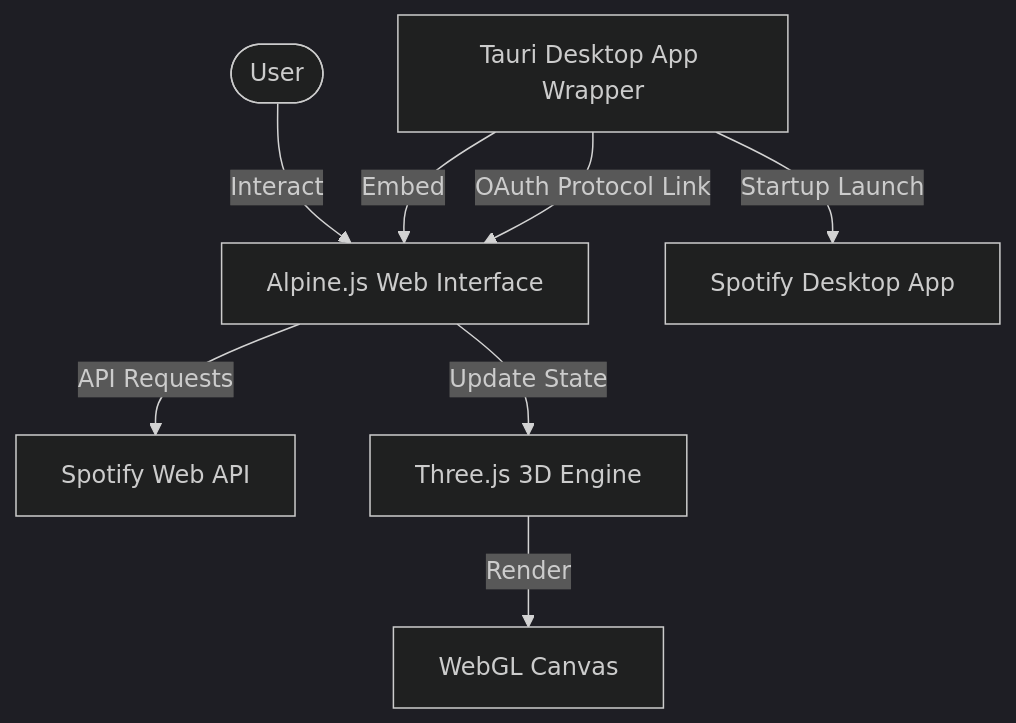
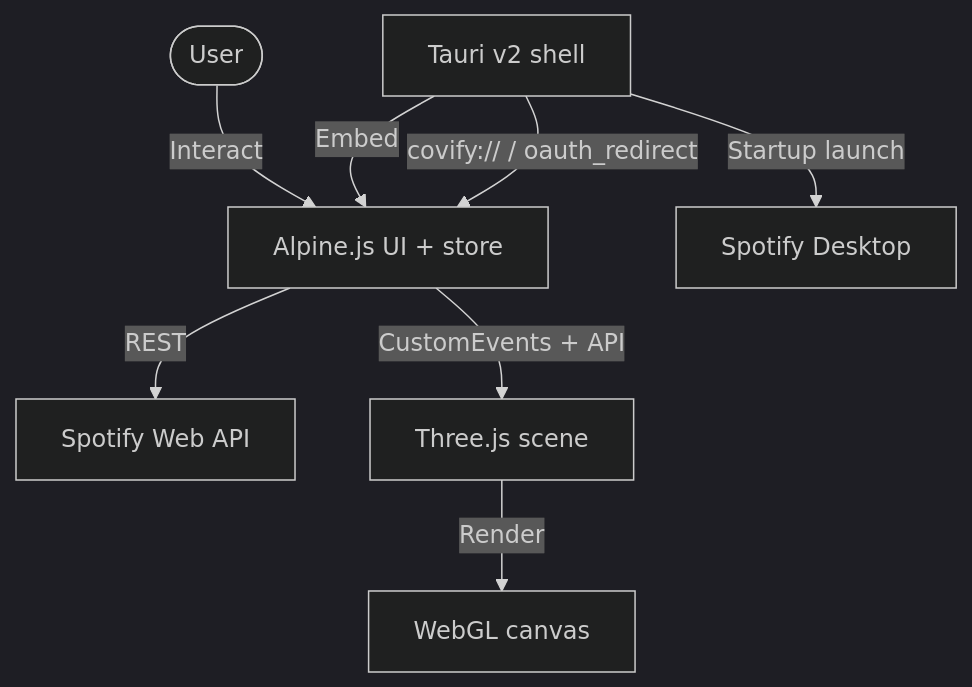
Before and after one commit to Ssaammmmiitt/Covify: the diagram in SYSTEM_ARCHITECTURE.md, drawn with Mermaid (dark theme). The commit also changed other lines of this file and 1 other file, not shown here.

Commit message:
docs: enhance README and SYSTEM_ARCHITECTURE with detailed features, project structure, and updated descriptions

````diff
--- a/SYSTEM_ARCHITECTURE.md
+++ b/SYSTEM_ARCHITECTURE.md
@@ -21,10 +31,10 @@
 ```mermaid
 graph TD
-    User([User]) -->|Interact| WebUI[Alpine.js Web Interface]
-    WebUI -->|API Requests| SpotifyAPI[Spotify Web API]
-    WebUI -->|Update State| ThreeJS[Three.js 3D Engine]
-    ThreeJS -->|Render| Canvas[WebGL Canvas]
-    Tauri[Tauri Desktop App Wrapper] -->|Embed| WebUI
-    Tauri -->|OAuth Protocol Link| WebUI
-    Tauri -->|Startup Launch| SpotifyApp[Spotify Desktop App]
+    User([User]) -->|Interact| WebUI[Alpine.js UI + store]
+    WebUI -->|REST| SpotifyAPI[Spotify Web API]
+    WebUI -->|CustomEvents + API| ThreeJS[Three.js scene]
+    ThreeJS -->|Render| Canvas[WebGL canvas]
+    Tauri[Tauri v2 shell] -->|Embed| WebUI
+    Tauri -->|covify:// / oauth_redirect| WebUI
+    Tauri -->|Startup launch| SpotifyApp[Spotify Desktop]
 ```
````
